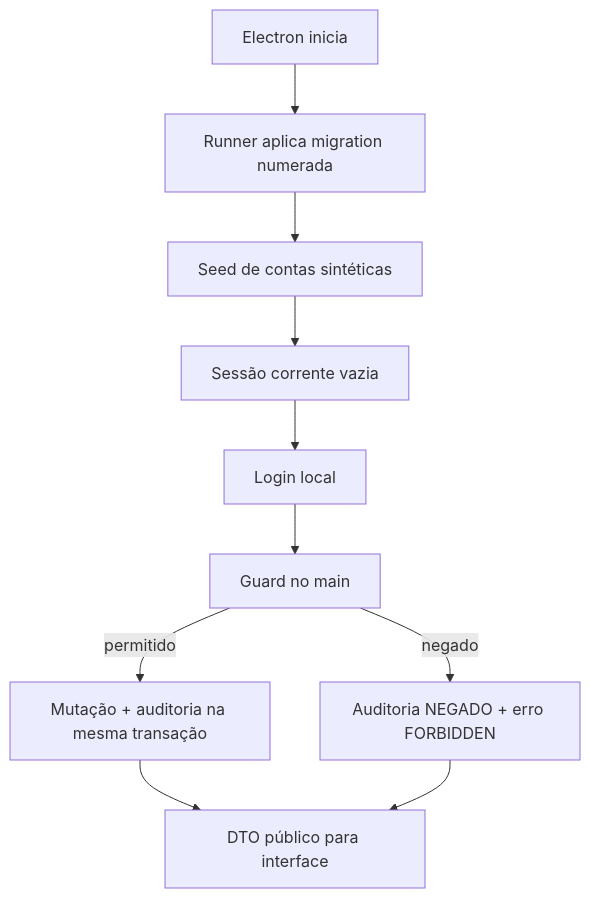
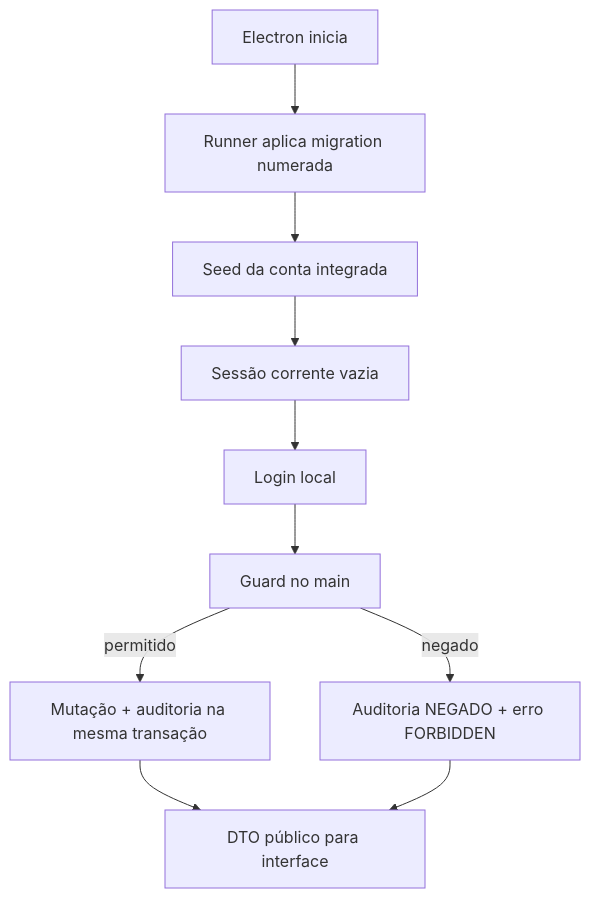
Before and after one commit to nmarcofernandess/antessala: the diagram in hack/domains/BUILD-acesso-e-auditoria.md, drawn with Mermaid. The commit also changed other lines of this file and 29 other files, not shown here.

````diff
--- a/hack/domains/BUILD-acesso-e-auditoria.md
+++ b/hack/domains/BUILD-acesso-e-auditoria.md
@@ -478,12 +458,12 @@
 ```mermaid
 flowchart TD
   boot["Electron inicia"] --> ddl["Runner aplica migration numerada"]
-  ddl --> fixtures["Seed de contas sintéticas"]
+  ddl --> fixtures["Seed da conta integrada"]
   fixtures --> noSession["Sessão corrente vazia"]
   noSession --> login["Login local"]
   login --> guard["Guard no main"]
   guard -->|"permitido"| tx["Mutação + auditoria na mesma transação"]
   guard -->|"negado"| deny["Auditoria NEGADO + erro FORBIDDEN"]
   tx --> ui["DTO público para interface"]
   deny --> ui
 ```
````
